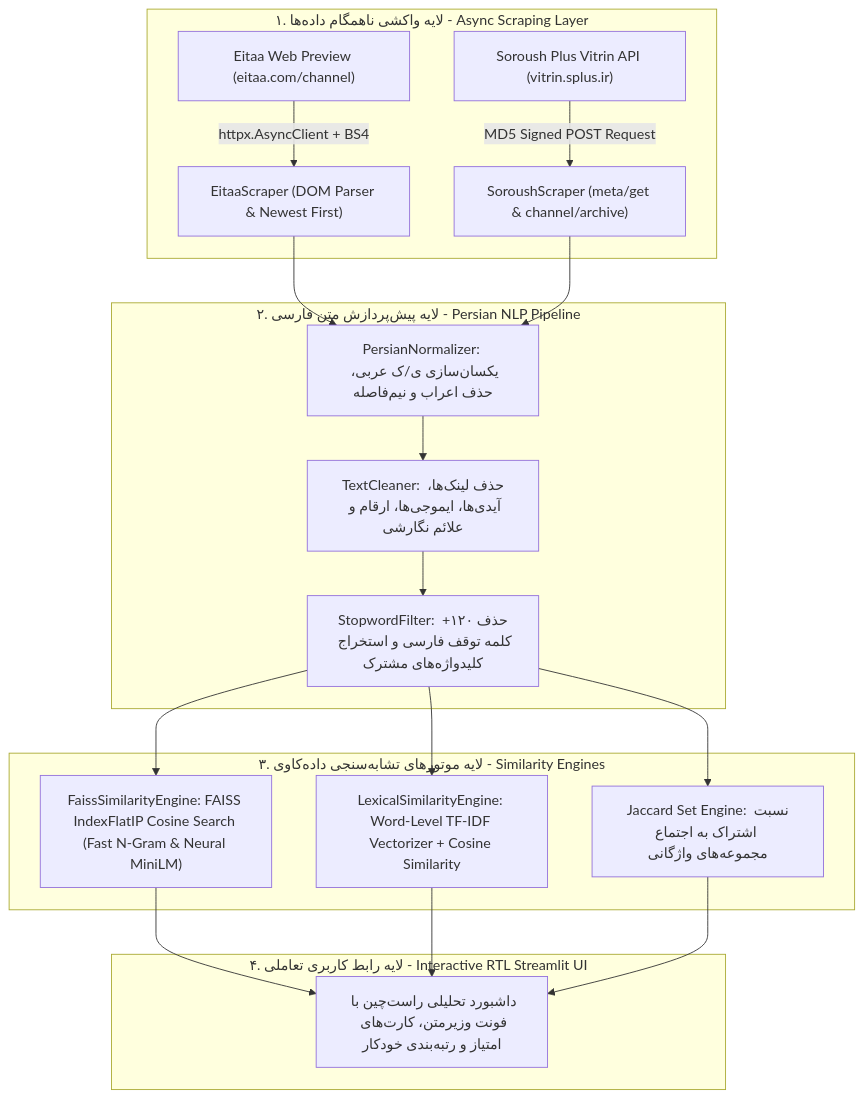
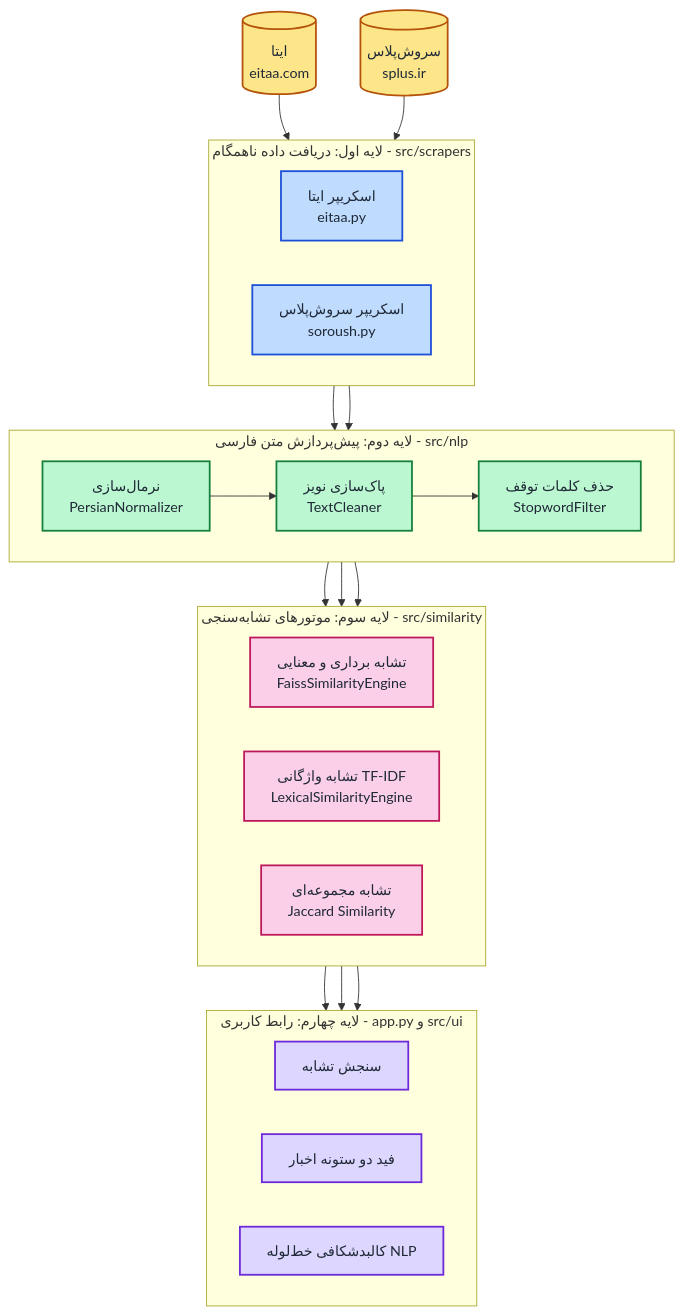
The first of 3 diagrams in README.md (KianShojaei/persian-news-similarity-engine), drawn with Mermaid before and after one commit. The commit also changed other lines of this file, not shown here.

````diff
--- a/README.md
+++ b/README.md
@@ -34,23 +48,53 @@
 ```mermaid
 flowchart TB
-    subgraph Layer1 ["۱. لایه واکشی ناهمگام داده‌ها - Async Scraping Layer"]
-        EitaaWeb["Eitaa Web Preview (eitaa.com/channel)"] -->|httpx.AsyncClient + BS4| EScraper["EitaaScraper (DOM Parser & Newest First)"]
-        SoroushAPI["Soroush Plus Vitrin API (vitrin.splus.ir)"] -->|MD5 Signed POST Request| SScraper["SoroushScraper (meta/get & channel/archive)"]
+    subgraph L1["لایه اول: دریافت داده ناهمگام - src/scrapers"]
+        direction LR
+        A1["اسکریپر ایتا<br/>eitaa.py"]
+        A2["اسکریپر سروش‌پلاس<br/>soroush.py"]
     end
 
-    subgraph Layer2 ["۲. لایه پیش‌پردازش متن فارسی - Persian NLP Pipeline"]
-        EScraper & SScraper --> Norm["PersianNormalizer: یکسان‌سازی ی/ک عربی، حذف اعراب و نیم‌فاصله"]
-        Norm --> Clean["TextCleaner: حذف لینک‌ها، آیدی‌ها، ایموجی‌ها، ارقام و علائم نگارشی"]
-        Clean --> Stop["StopwordFilter: حذف ۱۲۰+ کلمه توقف فارسی و استخراج کلیدواژه‌های مشترک"]
+    subgraph L2["لایه دوم: پیش‌پردازش متن فارسی - src/nlp"]
+        direction LR
+        B1["نرمال‌سازی<br/>PersianNormalizer"]
+        B2["پاک‌سازی نویز<br/>TextCleaner"]
+        B3["حذف کلمات توقف<br/>StopwordFilter"]
+        B1 --> B2 --> B3
     end
 
-    subgraph Layer3 ["۳. لایه موتورهای تشابه‌سنجی داده‌کاوی - Similarity Engines"]
-        Stop --> FAISSEng["FaissSimilarityEngine: FAISS IndexFlatIP Cosine Search (Fast N-Gram & Neural MiniLM)"]
-        Stop --> TFIDFEng["LexicalSimilarityEngine: Word-Level TF-IDF Vectorizer + Cosine Similarity"]
-        Stop --> JaccardEng["Jaccard Set Engine: نسبت اشتراک به اجتماع مجموعه‌های واژگانی"]
+    subgraph L3["لایه سوم: موتورهای تشابه‌سنجی - src/similarity"]
+        direction LR
+        C1["تشابه برداری و معنایی<br/>FaissSimilarityEngine"]
+        C2["تشابه واژگانی TF-IDF<br/>LexicalSimilarityEngine"]
+        C3["تشابه مجموعه‌ای<br/>Jaccard Similarity"]
     end
 
-    subgraph Layer4 ["۴. لایه رابط کاربری تعاملی - Interactive RTL Streamlit UI"]
-        FAISSEng & TFIDFEng & JaccardEng --> Dashboard["داشبورد تحلیلی راست‌چین با فونت وزیرمتن، کارت‌های امتیاز و رتبه‌بندی خودکار"]
+    subgraph L4["لایه چهارم: رابط کاربری - app.py و src/ui"]
+        direction LR
+        D1["سنجش تشابه"]
+        D2["فید دو ستونه اخبار"]
+        D3["کالبدشکافی خط‌لوله NLP"]
     end
+
+    EXT1[("ایتا<br/>eitaa.com")] --> A1
+    EXT2[("سروش‌پلاس<br/>splus.ir")] --> A2
+    A1 --> L2
+    A2 --> L2
+    L2 --> C1
+    L2 --> C2
+    L2 --> C3
+    C1 --> L4
+    C2 --> L4
+    C3 --> L4
+
+    classDef source fill:#fde68a,stroke:#b45309,stroke-width:2px,color:#1f2937
+    classDef scrape fill:#bfdbfe,stroke:#1d4ed8,stroke-width:2px,color:#1f2937
+    classDef nlp fill:#bbf7d0,stroke:#15803d,stroke-width:2px,color:#1f2937
+    classDef sim fill:#fbcfe8,stroke:#be185d,stroke-width:2px,color:#1f2937
+    classDef ui fill:#ddd6fe,stroke:#6d28d9,stroke-width:2px,color:#1f2937
+
+    class EXT1,EXT2 source
+    class A1,A2 scrape
+    class B1,B2,B3 nlp
+    class C1,C2,C3 sim
+    class D1,D2,D3 ui
 ```
````
